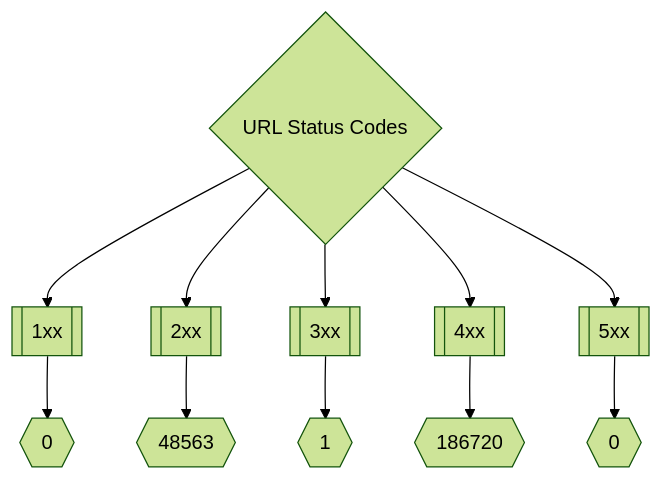
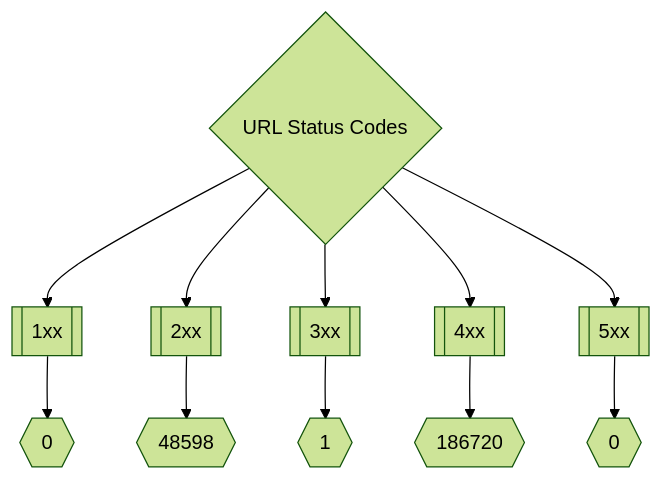
The second of 3 diagrams in README.md (trickest/inventory), drawn with Mermaid (forest theme) before and after one commit. The commit also changed other lines of this file, not shown here.

````diff
--- a/README.md
+++ b/README.md
@@ -173,8 +173,8 @@
 ```mermaid
 graph TD
 title{URL Status Codes} --> 1xx[[1xx]] --> status1xxNum{{0}}
-title --> 2xx[[2xx]] --> status2xxNum{{48563}}
+title --> 2xx[[2xx]] --> status2xxNum{{48598}}
 title --> 3xx[[3xx]] --> status3xxNum{{1}}
 title --> 4xx[[4xx]] --> status4xxNum{{186720}}
 title --> 5xx[[5xx]] --> status5xxNum{{0}}
 ```
````
